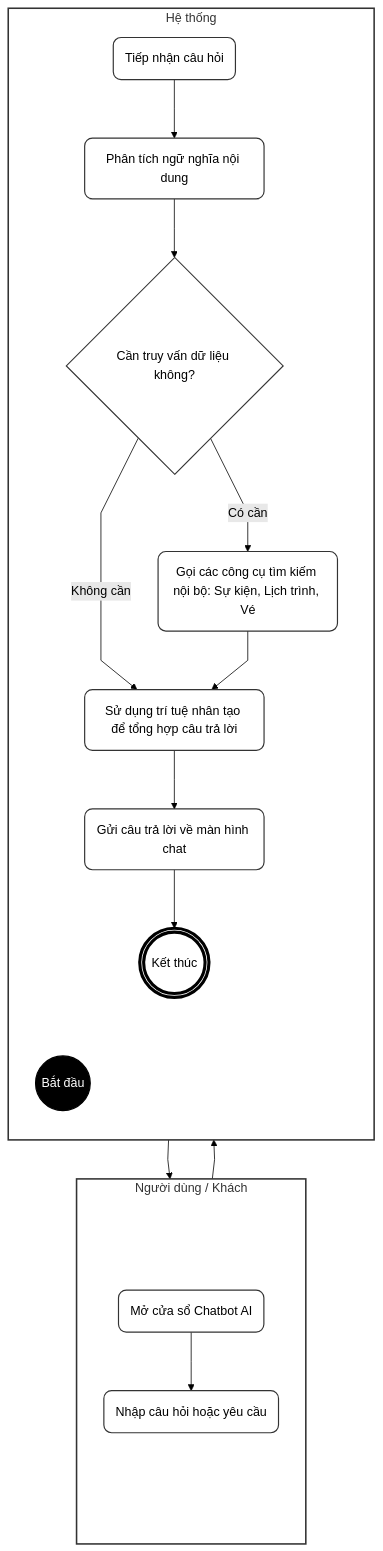
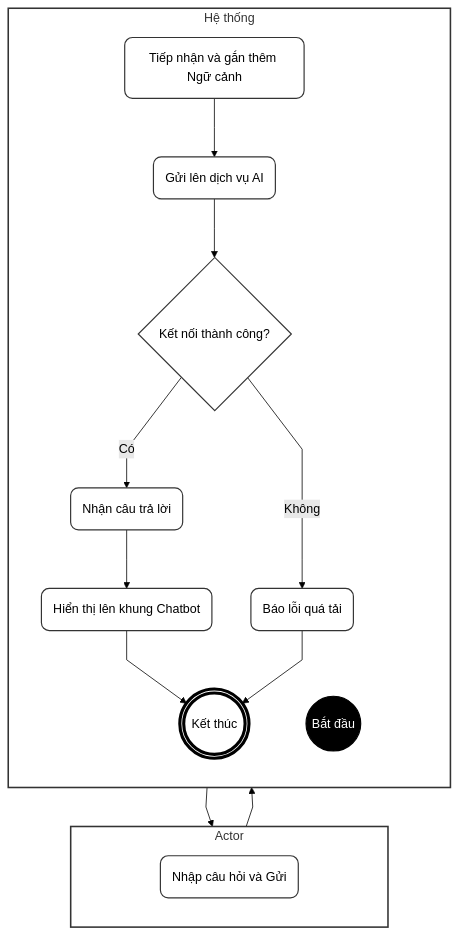
The diagram in doc/system_analysis/activity diagram/08e_activity_chatbot_ai.md (ChuDucAnh21/BE-quan-ly-su-kien), drawn with Mermaid (forest theme) before and after one commit. The commit also changed other lines of this file and 14 other files, not shown here.

````diff
--- a/doc/system_analysis/activity diagram/08e_activity_chatbot_ai.md
+++ b/doc/system_analysis/activity diagram/08e_activity_chatbot_ai.md
@@ -9,54 +7,44 @@
 ```mermaid
 %%{init: {"flowchart": {"curve": "linear"}}}%%
 flowchart TD
     classDef default fill:#fff,stroke:#333,stroke-width:1.5px,color:#000,rx:10px,ry:10px;
     classDef startNode fill:#000,stroke:#000,color:#fff;
     classDef endNode fill:#fff,stroke:#000,stroke-width:4px,color:#000;
     classDef hidden fill:none,stroke:none,color:none;
 
-    subgraph TacNhan [Người dùng / Khách]
+    subgraph Actor [Actor]
         direction TB
         T_start(" "):::hidden
-        A(Mở cửa sổ Chatbot AI)
-        B(Nhập câu hỏi hoặc yêu cầu)
+        A(Nhập câu hỏi và Gửi)
         T_end(" "):::hidden
     end
 
-    subgraph HeThong [Hệ thống]
+    subgraph System [Hệ thống]
         direction TB
         H_start(" "):::hidden
         Start((Bắt đầu)):::startNode
-        C(Tiếp nhận câu hỏi)
-        D(Phân tích ngữ nghĩa nội dung)
-        E{Cần truy vấn dữ liệu không?}
-        F(Gọi các công cụ tìm kiếm nội bộ: Sự kiện, Lịch trình, Vé)
-        G(Sử dụng trí tuệ nhân tạo để tổng hợp câu trả lời)
-        H(Gửi câu trả lời về màn hình chat)
+        B(Tiếp nhận và gắn thêm Ngữ cảnh)
+        C(Gửi lên dịch vụ AI)
+        D{Kết nối thành công?}
+        E(Báo lỗi quá tải)
+        F(Nhận câu trả lời)
+        G(Hiển thị lên khung Chatbot)
         End(((Kết thúc))):::endNode
         H_end(" "):::hidden
     end
 
     T_start ~~~ H_start
     T_end ~~~ H_end
-
-    T_start ~~~ A
-    B ~~~ T_end
-
-    H_start ~~~ Start
-    End ~~~ H_end
-
     Start --> A
     A --> B
     B --> C
     C --> D
-    D --> E
+    D -- Không --> E
+    D -- Có --> F
+    F --> G
+    G --> End
+    E --> End
 
-    E -- Không cần --> G
-    E -- Có cần --> F
-    F --> G
-    G --> H
-    H --> End
-
-    style TacNhan fill:#fff,stroke:#333,stroke-width:2px
-    style HeThong fill:#fff,stroke:#333,stroke-width:2px
+    style Actor fill:#fff,stroke:#333,stroke-width:2px
+    style System fill:#fff,stroke:#333,stroke-width:2px
 ```
````
